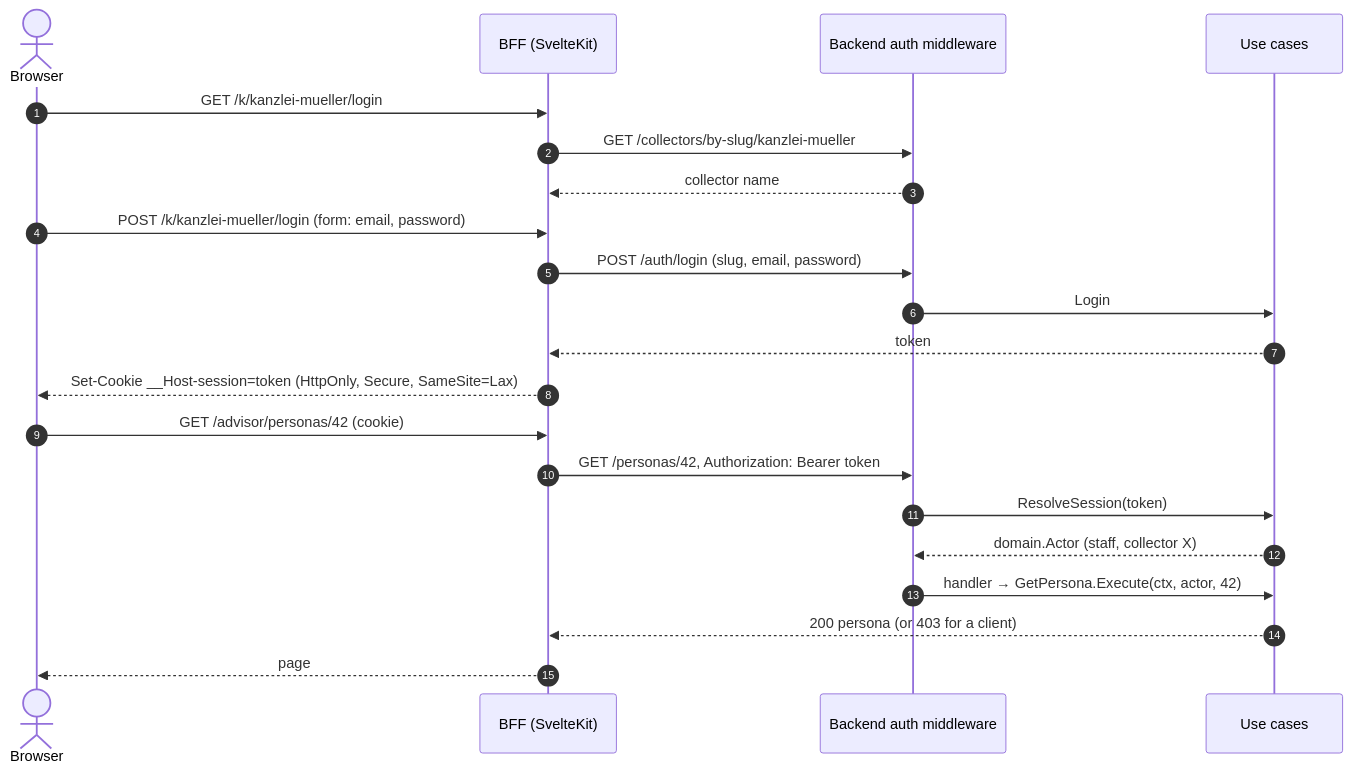
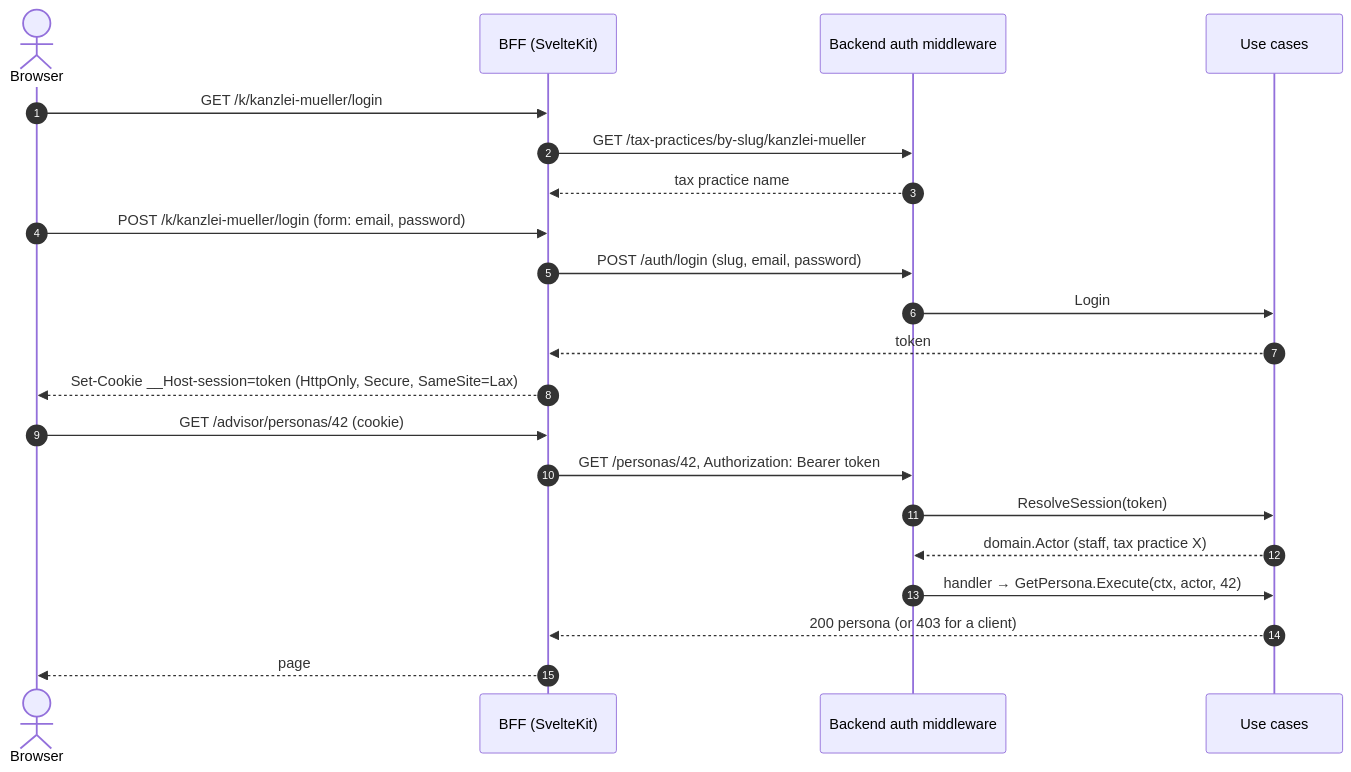
Before and after one commit to TimoSto/tax-return-organizer: the second of 2 diagrams in backend/docs/AUTHENTICATION.md, drawn with Mermaid. The commit also changed other lines of this file and 80 other files, not shown here.

First line of the commit message:
refactor: rename Collector to TaxPractice (#94)

````diff
--- a/backend/docs/AUTHENTICATION.md
+++ b/backend/docs/AUTHENTICATION.md
@@ -149,25 +149,25 @@
 ```mermaid
 sequenceDiagram
     autonumber
     actor B as Browser
     participant F as BFF (SvelteKit)
     participant M as Backend auth middleware
     participant UC as Use cases
 
     B->>F: GET /k/kanzlei-mueller/login
-    F->>M: GET /collectors/by-slug/kanzlei-mueller
-    M-->>F: collector name
+    F->>M: GET /tax-practices/by-slug/kanzlei-mueller
+    M-->>F: tax practice name
     B->>F: POST /k/kanzlei-mueller/login (form: email, password)
     F->>M: POST /auth/login (slug, email, password)
     M->>UC: Login
     UC-->>F: token
     F-->>B: Set-Cookie __Host-session=token (HttpOnly, Secure, SameSite=Lax)
 
     B->>F: GET /advisor/personas/42 (cookie)
     F->>M: GET /personas/42, Authorization: Bearer token
     M->>UC: ResolveSession(token)
-    UC-->>M: domain.Actor (staff, collector X)
+    UC-->>M: domain.Actor (staff, tax practice X)
     M->>UC: handler → GetPersona.Execute(ctx, actor, 42)
     UC-->>F: 200 persona (or 403 for a client)
     F-->>B: page
 ```
````
